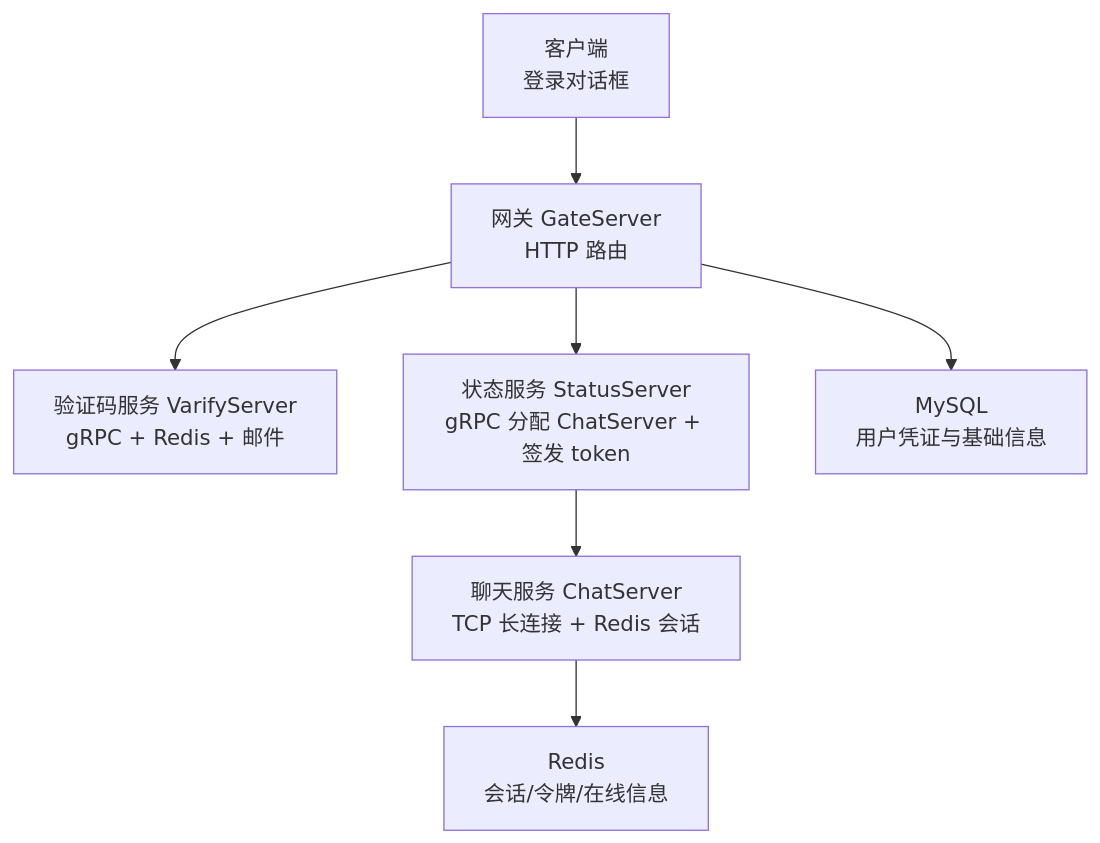
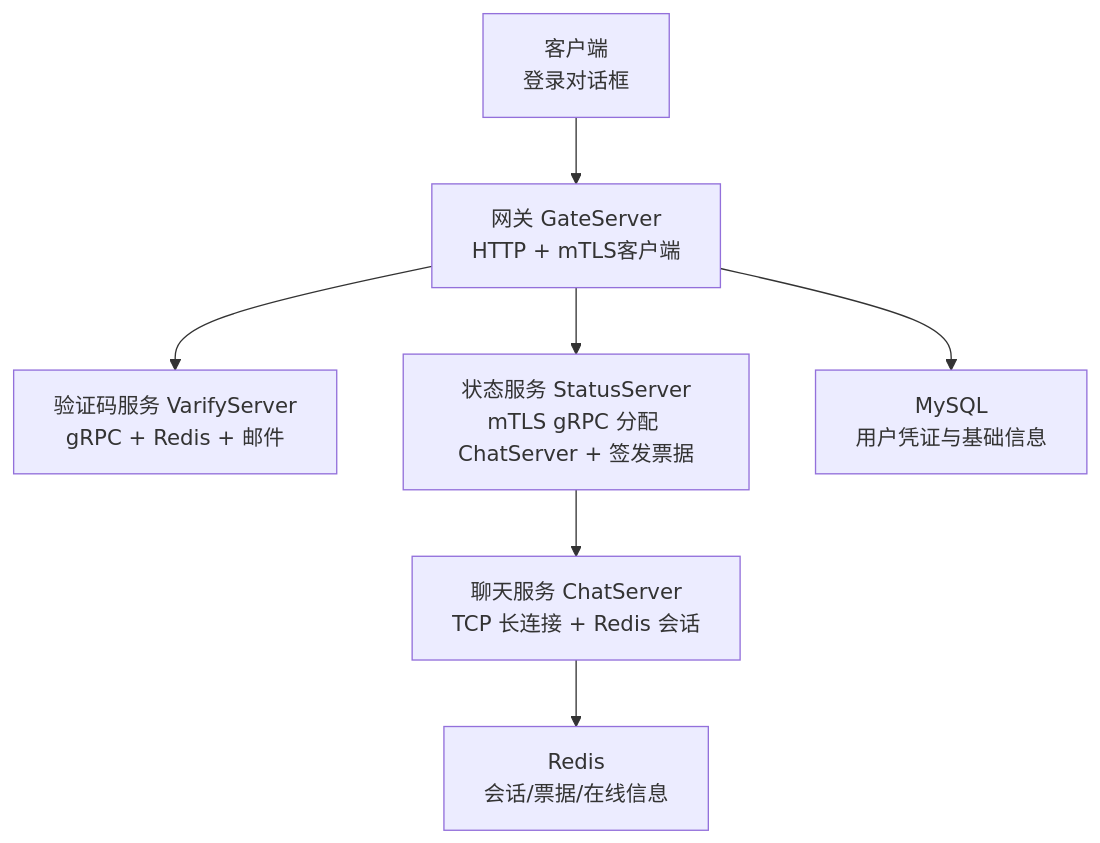
Before and after one commit to echo9923/mychatter: the first of 9 diagrams in .qoder/repowiki/zh/content/安全设计/身份认证系统/登录认证系统.md, drawn with Mermaid. The commit also changed other lines of this file and 107 other files, not shown here.

````diff
--- a/.qoder/repowiki/zh/content/安全设计/身份认证系统/登录认证系统.md
+++ b/.qoder/repowiki/zh/content/安全设计/身份认证系统/登录认证系统.md
@@ -45,9 +58,9 @@
 ```mermaid
 graph TB
-Client["客户端<br/>登录对话框"] --> Gate["网关 GateServer<br/>HTTP 路由"]
+Client["客户端<br/>登录对话框"] --> Gate["网关 GateServer<br/>HTTP + mTLS客户端"]
 Gate --> Verify["验证码服务 VarifyServer<br/>gRPC + Redis + 邮件"]
-Gate --> Status["状态服务 StatusServer<br/>gRPC 分配 ChatServer + 签发 token"]
+Gate --> Status["状态服务 StatusServer<br/>mTLS gRPC 分配 ChatServer + 签发票据"]
 Status --> Chat["聊天服务 ChatServer<br/>TCP 长连接 + Redis 会话"]
-Chat --> Redis["Redis<br/>会话/令牌/在线信息"]
+Chat --> Redis["Redis<br/>会话/票据/在线信息"]
 Gate --> DB["MySQL<br/>用户凭证与基础信息"]
 ```
````
